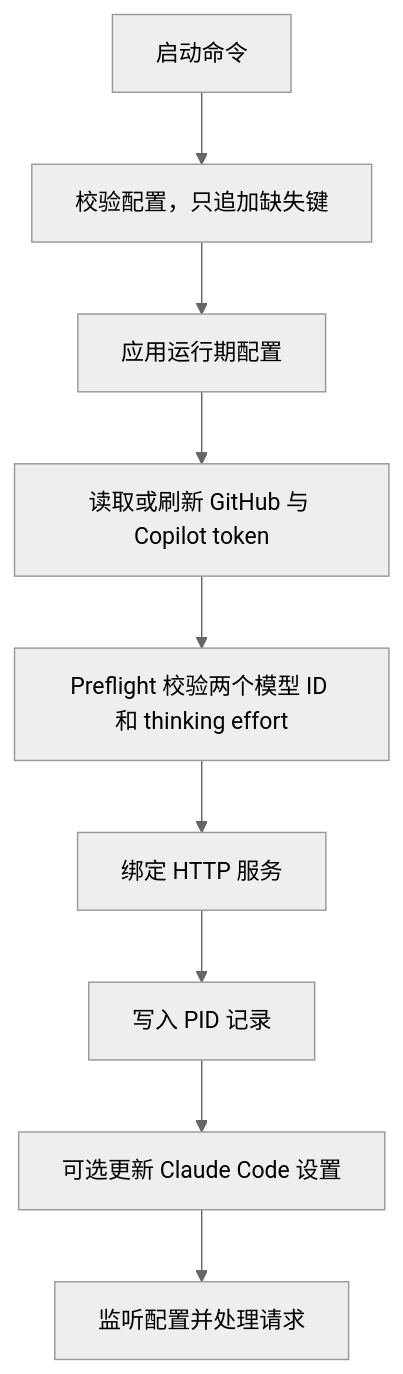
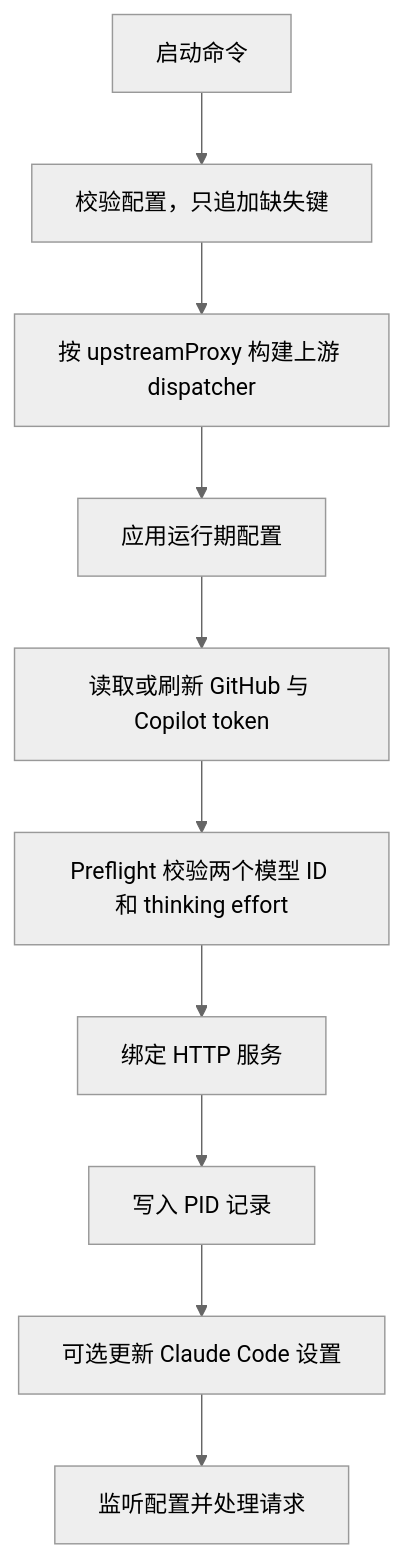
The third of 4 diagrams in wiki/ZH-Architecture.md (D0n9X1n/copilot-relay), drawn with Mermaid (neutral theme) before and after one commit. The commit also changed other lines of this file and 37 other files, not shown here.

````diff
--- a/wiki/ZH-Architecture.md
+++ b/wiki/ZH-Architecture.md
@@ -180,11 +181,12 @@
 ```mermaid
 flowchart TD
     A[启动命令] --> B[校验配置，只追加缺失键]
-    B --> C[应用运行期配置]
+    B --> U[按 upstreamProxy 构建上游 dispatcher]
+    U --> C[应用运行期配置]
     C --> D[读取或刷新 GitHub 与 Copilot token]
     D --> E[Preflight 校验两个模型 ID 和 thinking effort]
     E --> F[绑定 HTTP 服务]
     F --> G[写入 PID 记录]
     G --> H[可选更新 Claude Code 设置]
     H --> I[监听配置并处理请求]
 ```
````
